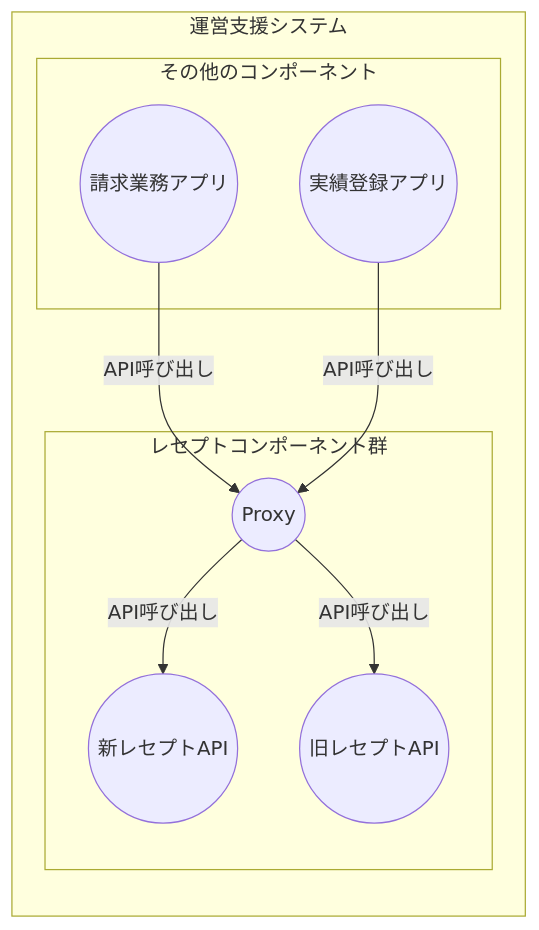
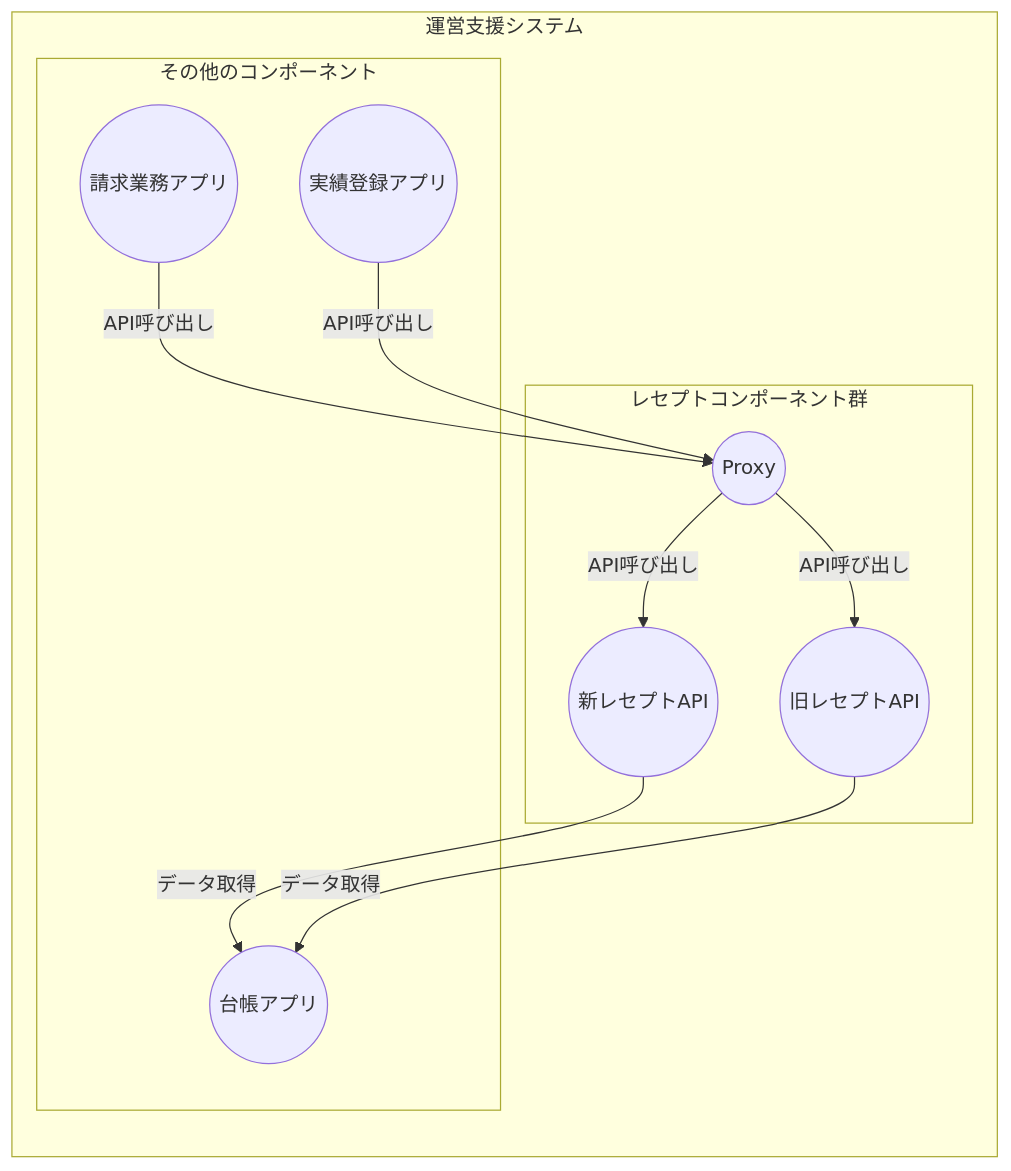
One commit to k2tzumi/zenn changed the second of 3 diagrams in articles/domain-distillation.md. Above: the diagram before and after it, drawn with Mermaid. The commit also changed other lines of this file, not shown here.

````diff
--- a/articles/domain-distillation.md
+++ b/articles/domain-distillation.md
@@ -70,18 +72,21 @@
     ```mermaid
     graph LR
         subgraph 運営支援システム
             subgraph レセプトコンポーネント群
                 Proxy((Proxy))
                 NewReceipt((新レセプトAPI))
                 OldReceipt((旧レセプトAPI))
             end
             subgraph その他のコンポーネント
                 RequestApp((請求業務アプリ))
                 RecordApp((実績登録アプリ))
+                LedgerApp((台帳アプリ))
             end
         end
         Proxy -- API呼び出し --> NewReceipt
         Proxy -- API呼び出し --> OldReceipt
         RequestApp -- API呼び出し --> Proxy
         RecordApp -- API呼び出し --> Proxy
+        NewReceipt -- データ取得 --> LedgerApp
+        OldReceipt -- データ取得 --> LedgerApp
     ```
````
